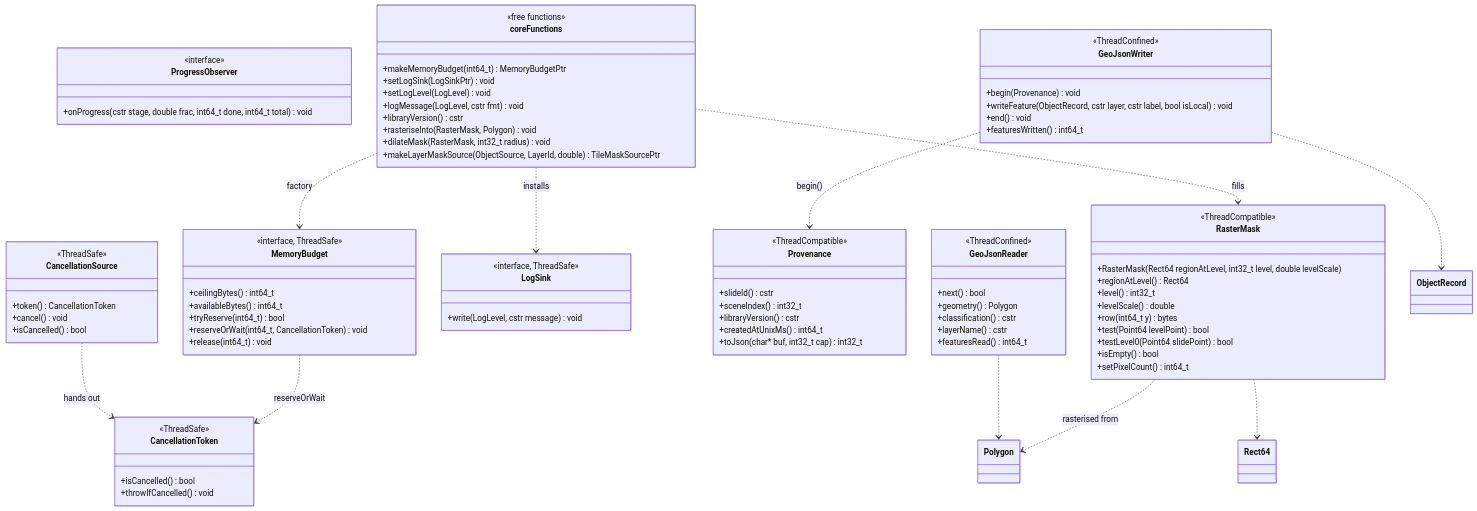
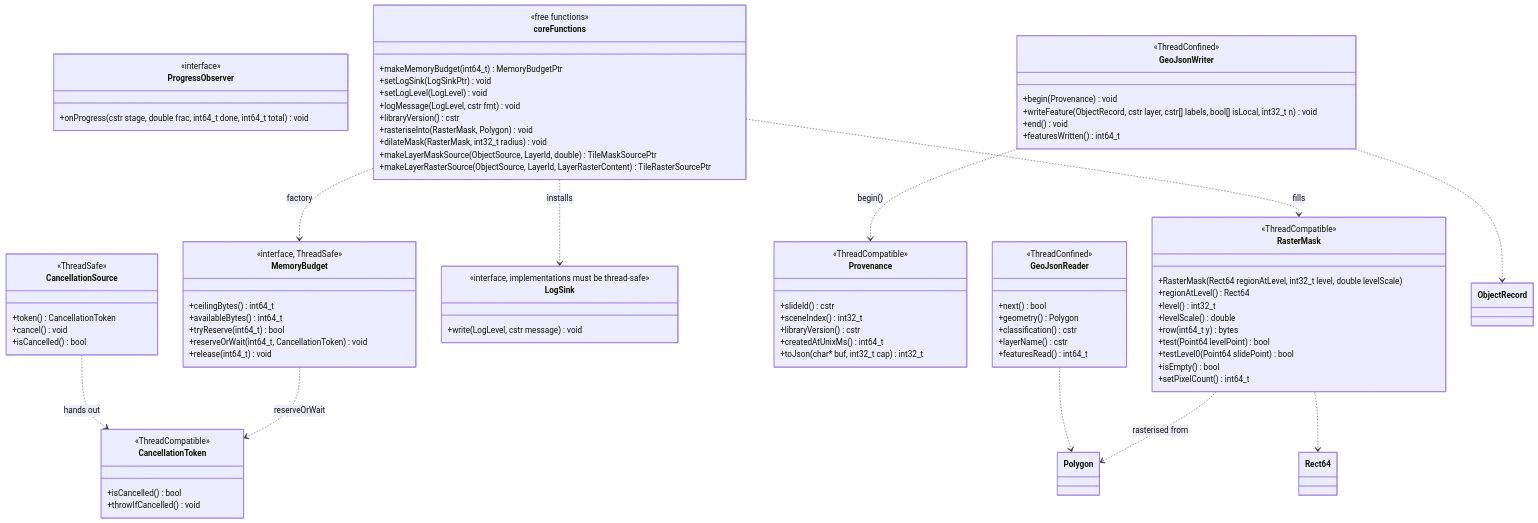
The fifth of 14 diagrams in docs/superpowers/specs/sds/08-class-diagrams.md (Booritas/slideio-processor), drawn with Mermaid before and after one commit. The commit also changed other lines of this file and 5 other files, not shown here.

```diff
--- a/docs/superpowers/specs/sds/08-class-diagrams.md
+++ b/docs/superpowers/specs/sds/08-class-diagrams.md
@@ -498,7 +500,7 @@
     }
 
     class CancellationToken {
-        <<ThreadSafe>>
+        <<ThreadCompatible>>
         +isCancelled() bool
         +throwIfCancelled() void
     }
@@ -509,7 +511,7 @@
     }
 
     class LogSink {
-        <<interface, ThreadSafe>>
+        <<interface, implementations must be thread-safe>>
         +write(LogLevel, cstr message) void
     }
 
@@ -534,7 +536,7 @@
     class GeoJsonWriter {
         <<ThreadConfined>>
         +begin(Provenance) void
-        +writeFeature(ObjectRecord, cstr layer, cstr label, bool isLocal) void
+        +writeFeature(ObjectRecord, cstr layer, cstr[] labels, bool[] isLocal, int32_t n) void
         +end() void
         +featuresWritten() int64_t
     }
@@ -549,6 +551,7 @@
         +rasteriseInto(RasterMask, Polygon) void
         +dilateMask(RasterMask, int32_t radius) void
         +makeLayerMaskSource(ObjectSource, LayerId, double) TileMaskSourcePtr
+        +makeLayerRasterSource(ObjectSource, LayerId, LayerRasterContent) TileRasterSourcePtr
     }
 
     class RasterMask {
```
